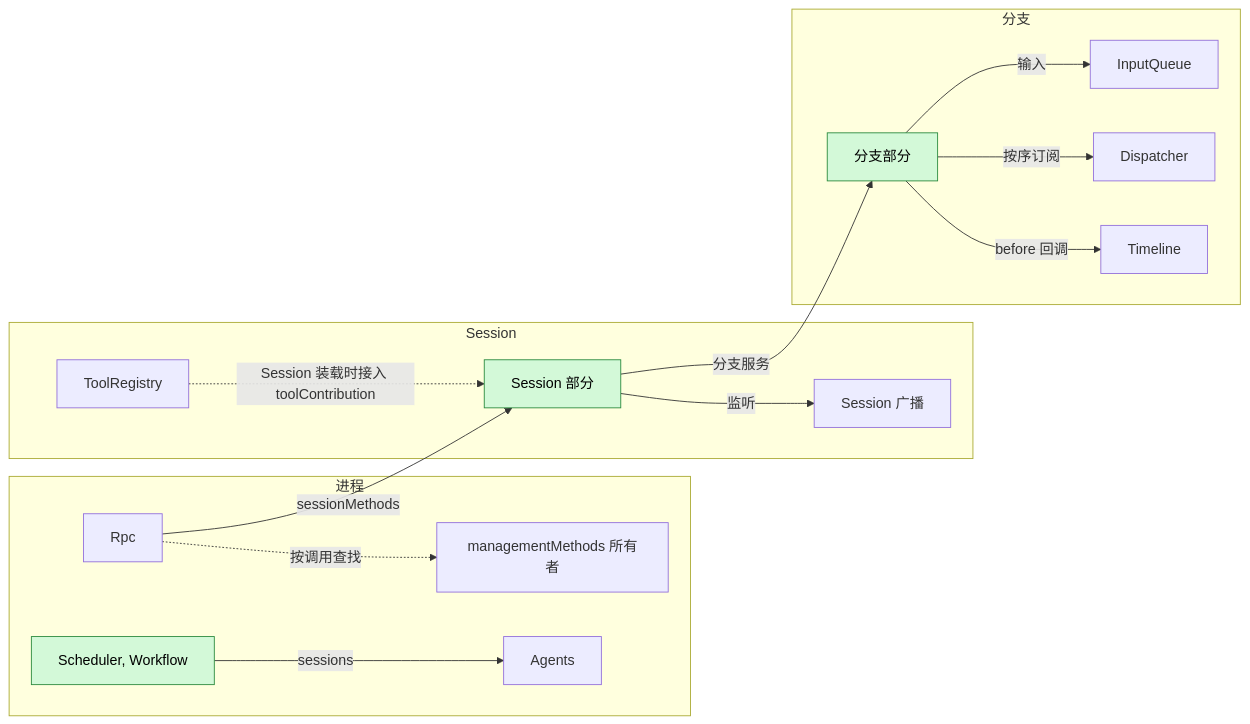
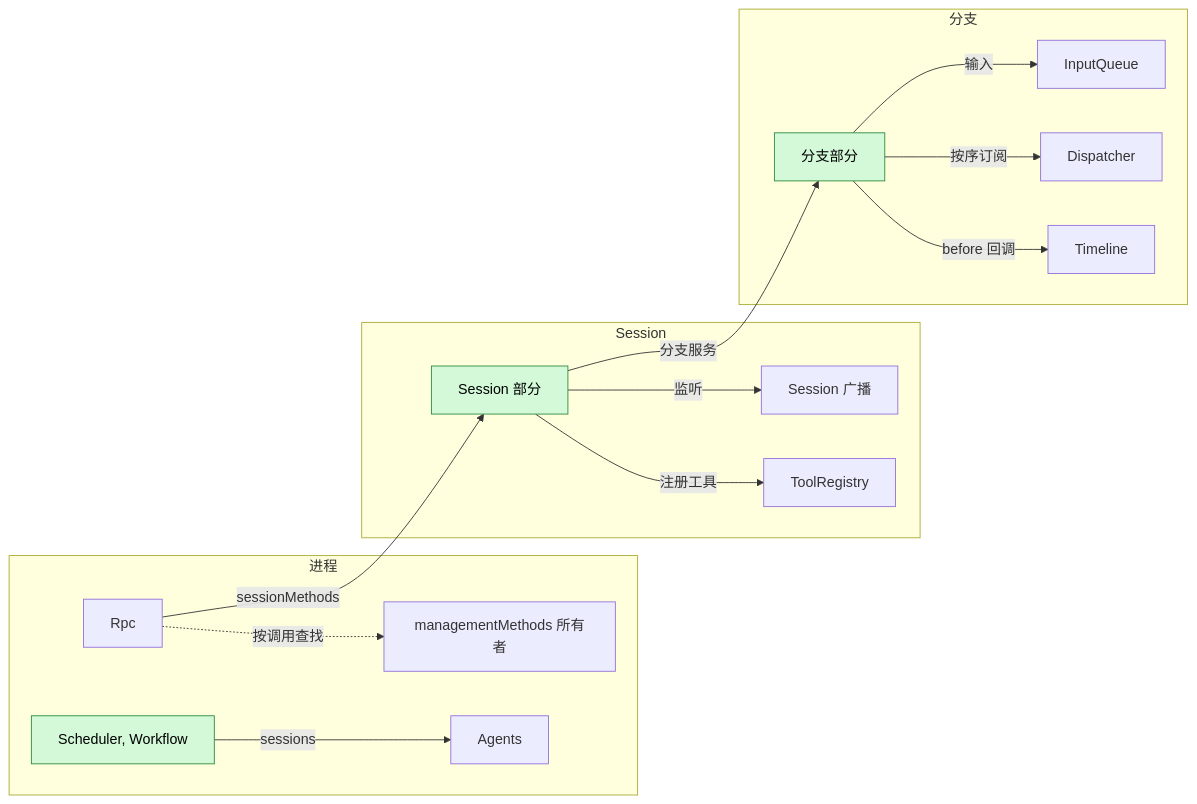
Before and after one commit to CoutinhoTTS/dim-agent: the second of 8 diagrams in docs/zh/design/overview.md, drawn with Mermaid. The commit also changed other lines of this file and 101 other files, not shown here.

````diff
--- a/docs/zh/design/overview.md
+++ b/docs/zh/design/overview.md
@@ -104,31 +104,31 @@
 ```mermaid
 flowchart LR
   classDef new fill:#d3f9d8,stroke:#2b8a3e,color:#000
 
   subgraph PROC["进程"]
     Rpc["Rpc"]
     Agents["Agents"]
     SchedP["Scheduler, Workflow"]:::new
     MM["managementMethods 所有者"]
   end
   subgraph SES["Session"]
     TR["ToolRegistry"]
     BC["Session 广播"]
     SP["Session 部分"]:::new
   end
   subgraph BR["分支"]
     TL["Timeline"]
     DP["Dispatcher"]
     IQ["InputQueue"]
     BP["分支部分"]:::new
   end
   Rpc -.->|"按调用查找"| MM
   Rpc -->|"sessionMethods"| SP
-  TR -.->|"Session 装载时接入 toolContribution"| SP
+  SP -->|"注册工具"| TR
   SP -->|"监听"| BC
   BP -->|"before 回调"| TL
   BP -->|"按序订阅"| DP
   BP -->|"输入"| IQ
   SchedP -->|"sessions"| Agents
   SP -->|"分支服务"| BP
 ```
````
